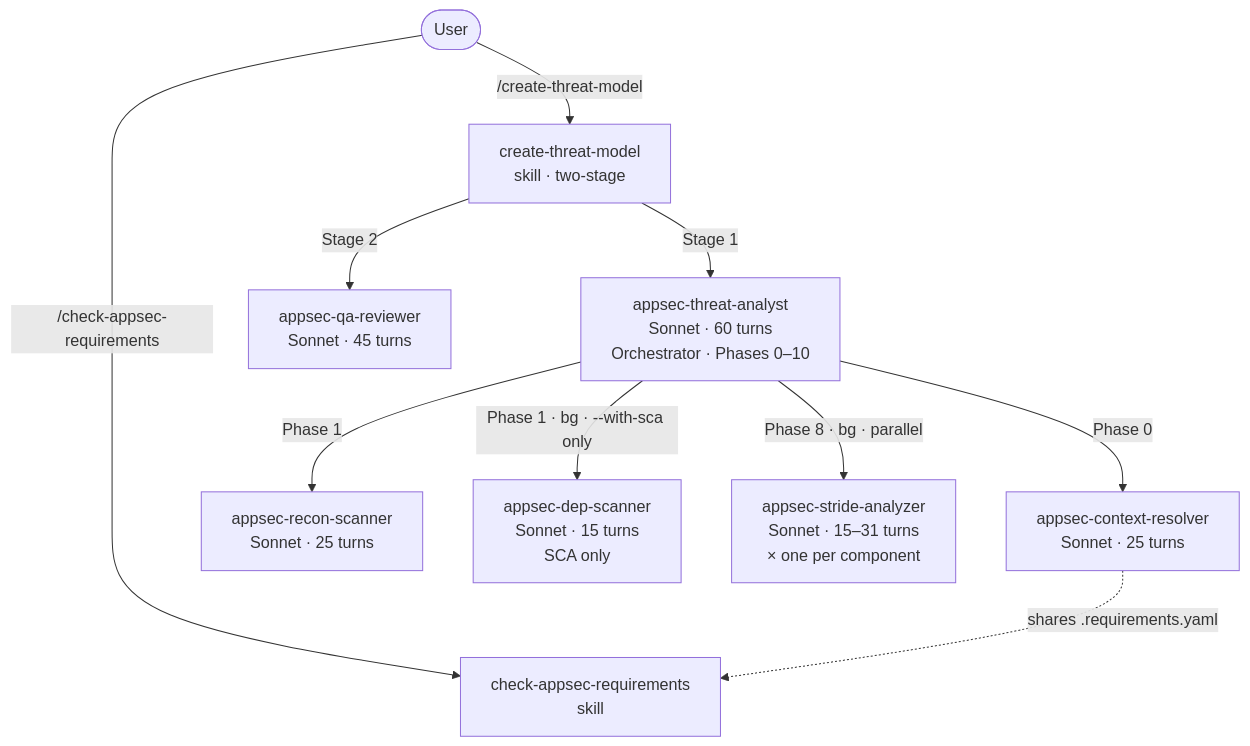
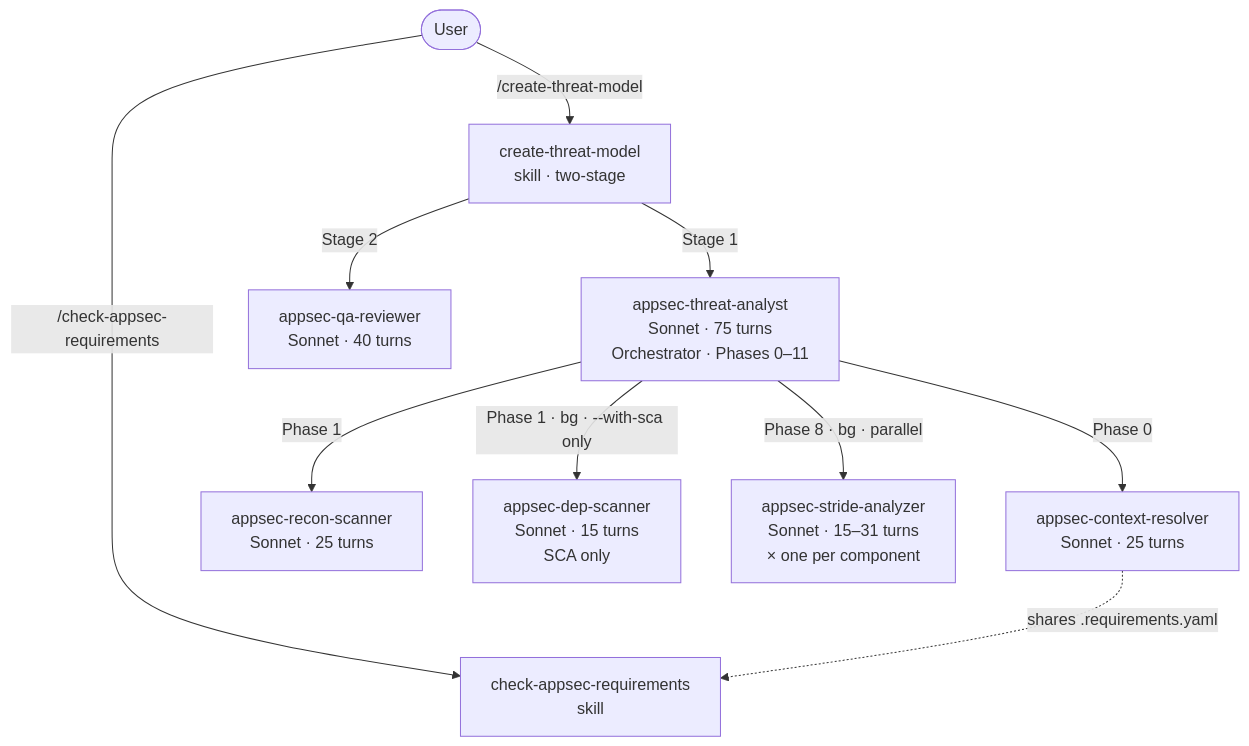
Before and after one commit to appsec-foundry/appsec-analyzer: the first of 2 diagrams in README.md, drawn with Mermaid. The commit also changed other lines of this file and 10 other files, not shown here.

````diff
--- a/README.md
+++ b/README.md
@@ -212,16 +216,16 @@
 ```mermaid
 flowchart TD
     U(["User"])
     U -->|"/create-threat-model"| SKILL["create-threat-model\nskill · two-stage"]
     U -->|"/check-appsec-requirements"| SKL["check-appsec-requirements\nskill"]
 
-    SKILL -->|"Stage 1"| TA["appsec-threat-analyst\nSonnet · 60 turns\nOrchestrator · Phases 0–10"]
-    SKILL -->|"Stage 2"| QA["appsec-qa-reviewer\nSonnet · 45 turns"]
+    SKILL -->|"Stage 1"| TA["appsec-threat-analyst\nSonnet · 75 turns\nOrchestrator · Phases 0–11"]
+    SKILL -->|"Stage 2"| QA["appsec-qa-reviewer\nSonnet · 40 turns"]
 
     TA -->|"Phase 0"| CR["appsec-context-resolver\nSonnet · 25 turns"]
     TA -->|"Phase 1"| RS["appsec-recon-scanner\nSonnet · 25 turns"]
     TA -->|"Phase 1 · bg · --with-sca only"| DS["appsec-dep-scanner\nSonnet · 15 turns\nSCA only"]
     TA -->|"Phase 8 · bg · parallel"| SA["appsec-stride-analyzer\nSonnet · 15–31 turns\n× one per component"]
 
     CR -. "shares .requirements.yaml" .-> SKL
 ```
````
